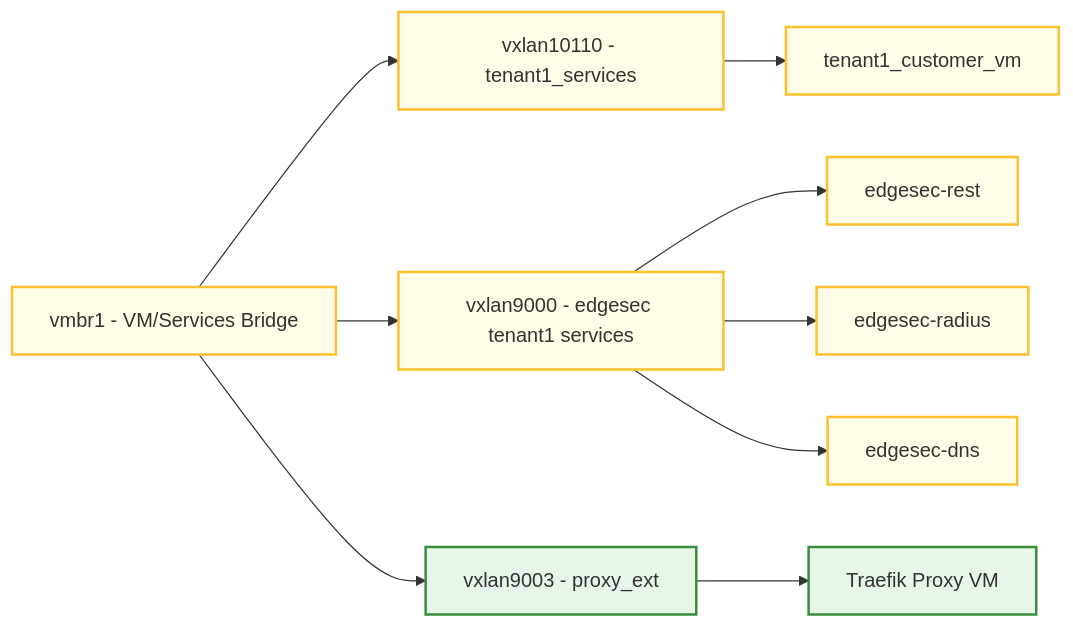
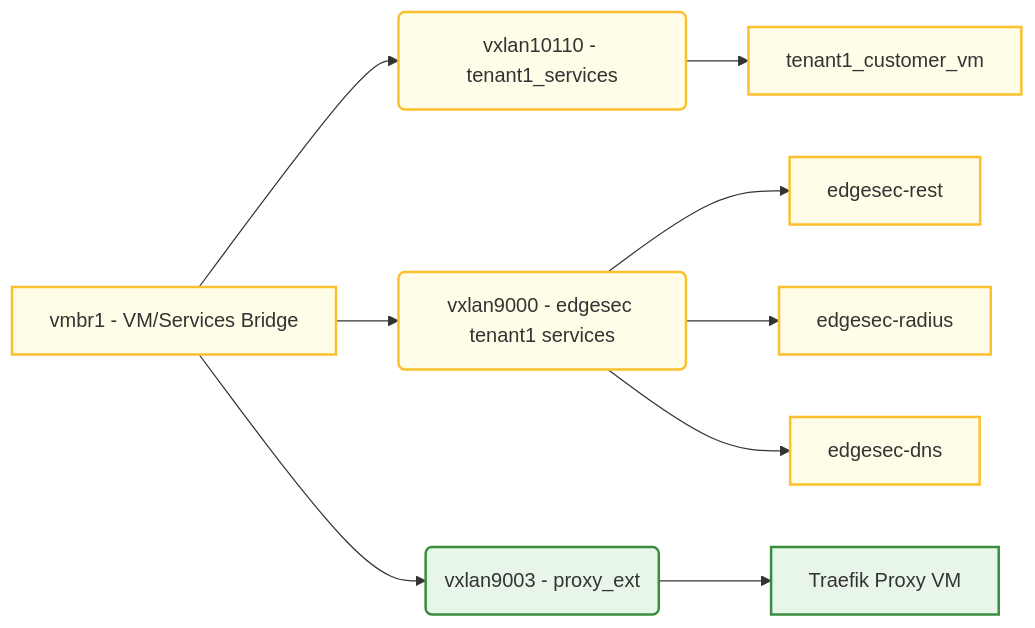
Before and after one commit to CEP-Comwell/proxmox_addons: the third of 4 diagrams in README.md, drawn with Mermaid. The commit also changed other lines of this file, not shown here.

Commit message:
test VXLAN rounded rect

````diff
--- a/README.md
+++ b/README.md
@@ -105,26 +105,26 @@
 ```mermaid
 graph LR
 VMBridge[vmbr1 - VM/Services Bridge]
-VX10110[vxlan10110 - tenant1_services]
-VX9000[vxlan9000 - edgesec tenant1 services]
-VX9003[vxlan9003 - proxy_ext]
+VX10110(vxlan10110 - tenant1_services)
+VX9000(vxlan9000 - edgesec tenant1 services)
+VX9003(vxlan9003 - proxy_ext)
 CustVM[tenant1_customer_vm]
 RestVM[edgesec-rest]
 RadiusVM[edgesec-radius]
 DNSVM[edgesec-dns]
 ProxyVM[Traefik Proxy VM]
 
 VMBridge --> VX10110
 VMBridge --> VX9000
 VMBridge --> VX9003
 VX10110 --> CustVM
 VX9000 --> RestVM
 VX9000 --> RadiusVM
 VX9000 --> DNSVM
 VX9003 --> ProxyVM
 
 classDef vm fill:#fffde7,stroke:#fbc02d,stroke-width:2px;
 classDef proxy fill:#e8f5e9,stroke:#388e3c,stroke-width:2px;
 class VMBridge,VX10110,VX9000,CustVM,RestVM,RadiusVM,DNSVM vm;
 class VX9003,ProxyVM proxy;
 ```
````
